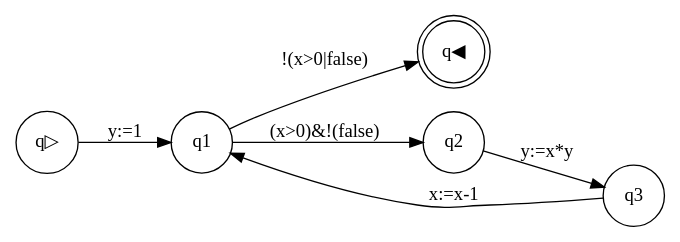
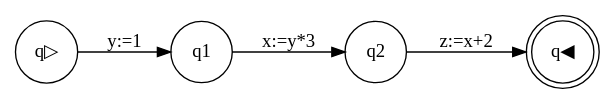
The diagram in Package/DFA.gv (gernsoe/02141_parsing), drawn with Graphviz before and after one commit. The commit also changed 5 other files, not shown here.

```diff
--- a/Package/DFA.gv
+++ b/Package/DFA.gv
@@ -1,10 +1,8 @@
 digraph program_graph {rankdir=LR; 
 node [shape = circle]; q▷; 
 node [shape = doublecircle]; q◀; 
 node [shape = circle]
 q▷ -> q1[label = "y:=1"];
-q1 -> q2[label = "(x>0)&!(false)"];
-q2 -> q3[label = "y:=x*y"];
-q3 -> q1[label = "x:=x-1"];
-q1 -> q◀[label = "!(x>0|false)"];
+q1 -> q2[label = "x:=y*3"];
+q2 -> q◀[label = "z:=x+2"];
 }
```
